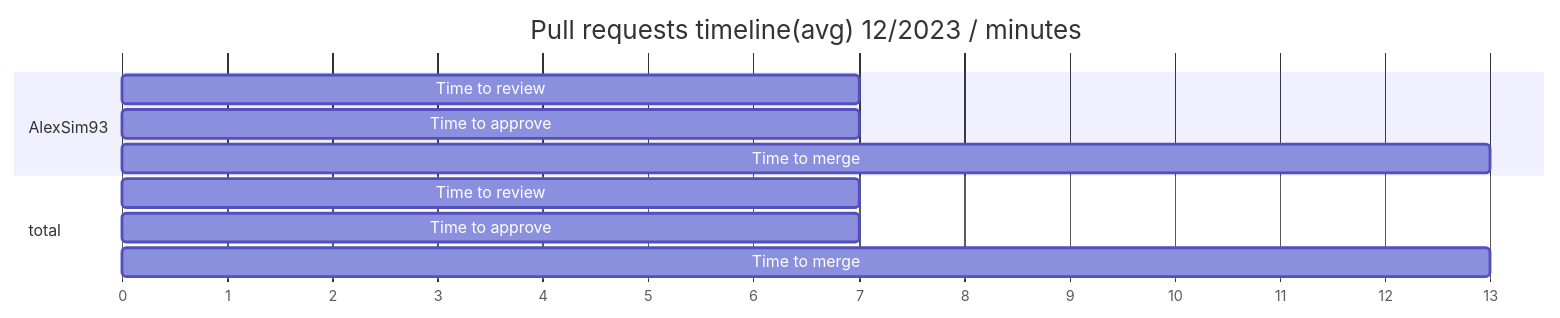
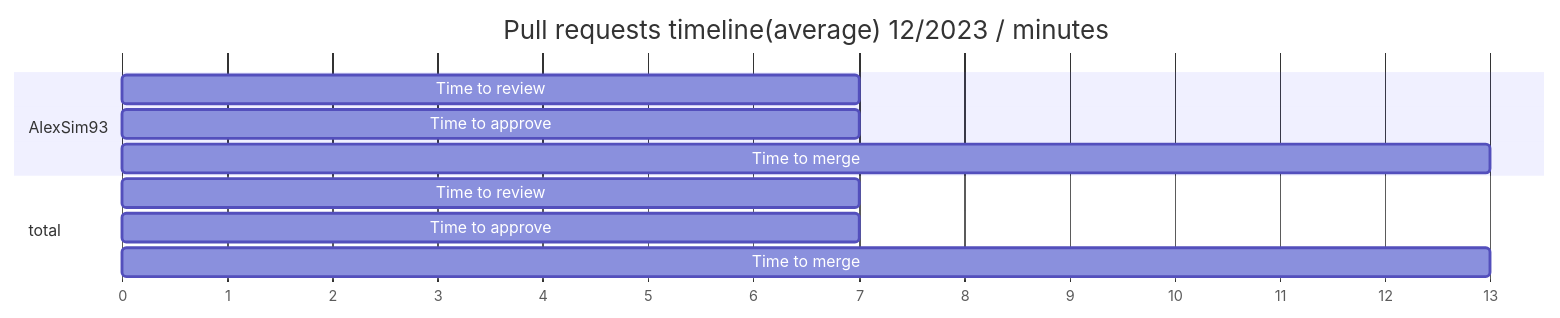
One commit to AlexSim93/pull-request-analytics-action changed the first of 9 diagrams in examples/nPRsReport.md. Above: the diagram before and after it, drawn with Mermaid. The commit also changed other lines of this file and 12 other files, not shown here.

````diff
--- a/examples/nPRsReport.md
+++ b/examples/nPRsReport.md
@@ -32,16 +32,16 @@
 ```mermaid
 gantt
-title Pull requests timeline(avg) 12/2023 / minutes
+title Pull requests timeline(average) 12/2023 / minutes
 dateFormat X
 axisFormat %s
 section AlexSim93
                 Time to review :  0, 7
 Time to approve :  0, 7
 Time to merge :  0, 13
         
 section total
                 Time to review :  0, 7
 Time to approve :  0, 7
 Time to merge :  0, 13
         
 ```
````
